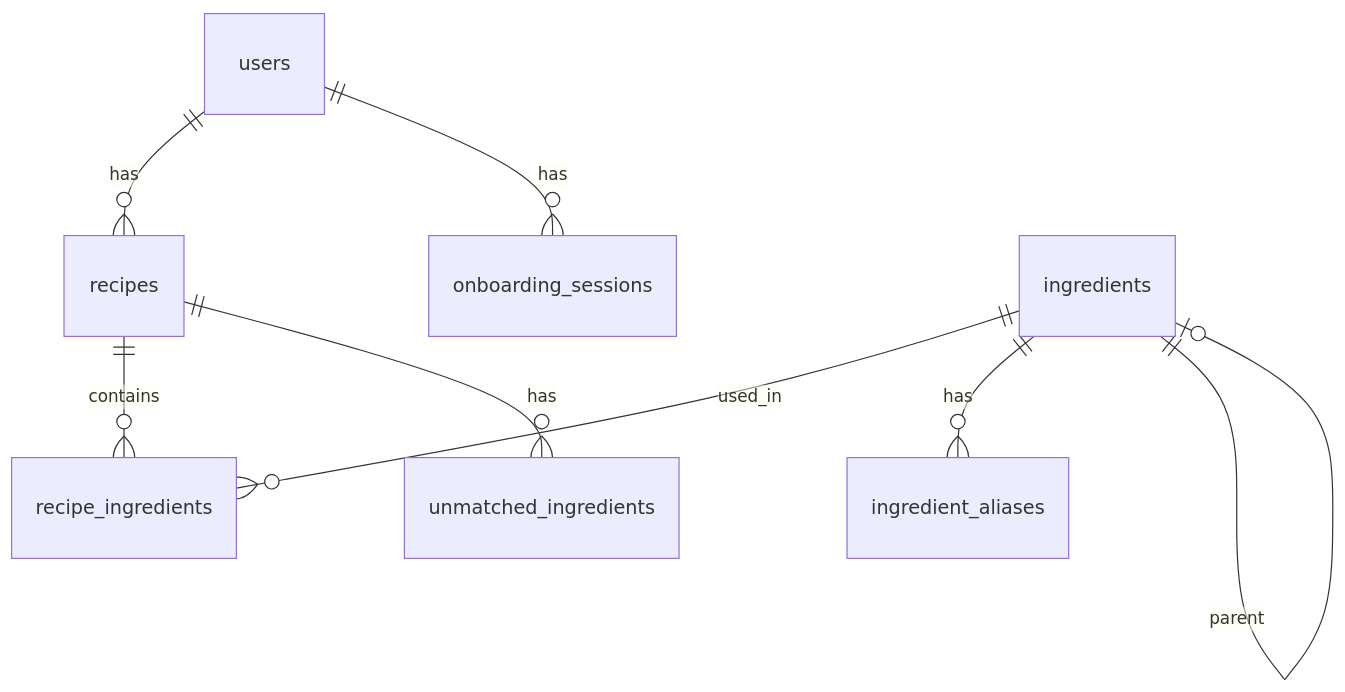
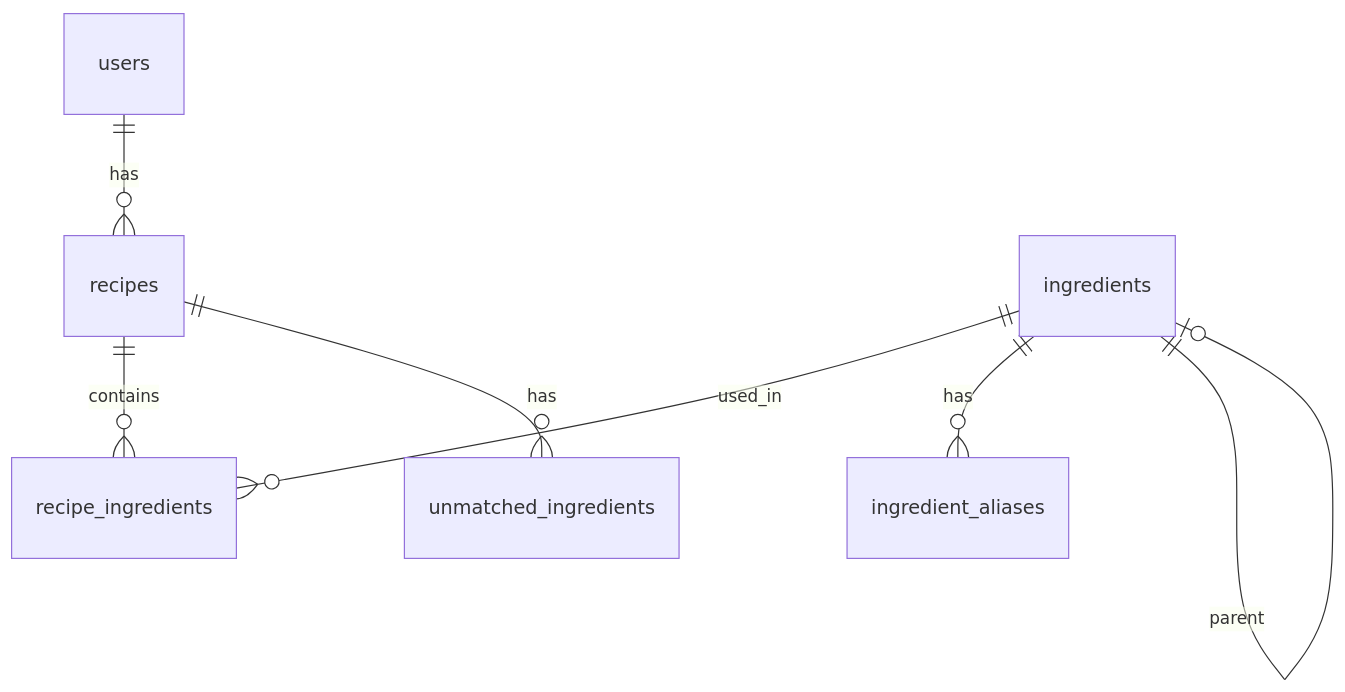
The fourth of 10 diagrams in docs/ARCHITECTURE.md (mktu/recipe-app), drawn with Mermaid before and after one commit. The commit also changed other lines of this file and 1 other file, not shown here.

````diff
--- a/docs/ARCHITECTURE.md
+++ b/docs/ARCHITECTURE.md
@@ -333,18 +322,16 @@
 ```mermaid
 erDiagram
     users ||--o{ recipes : "has"
-    users ||--o{ onboarding_sessions : "has"
     recipes ||--o{ recipe_ingredients : "contains"
     ingredients ||--o{ recipe_ingredients : "used_in"
     ingredients ||--o{ ingredient_aliases : "has"
     ingredients ||--o| ingredients : "parent"
     recipes ||--o{ unmatched_ingredients : "has"
 
     users
     recipes
     ingredients
     ingredient_aliases
     recipe_ingredients
     unmatched_ingredients
-    onboarding_sessions
 ```
````
